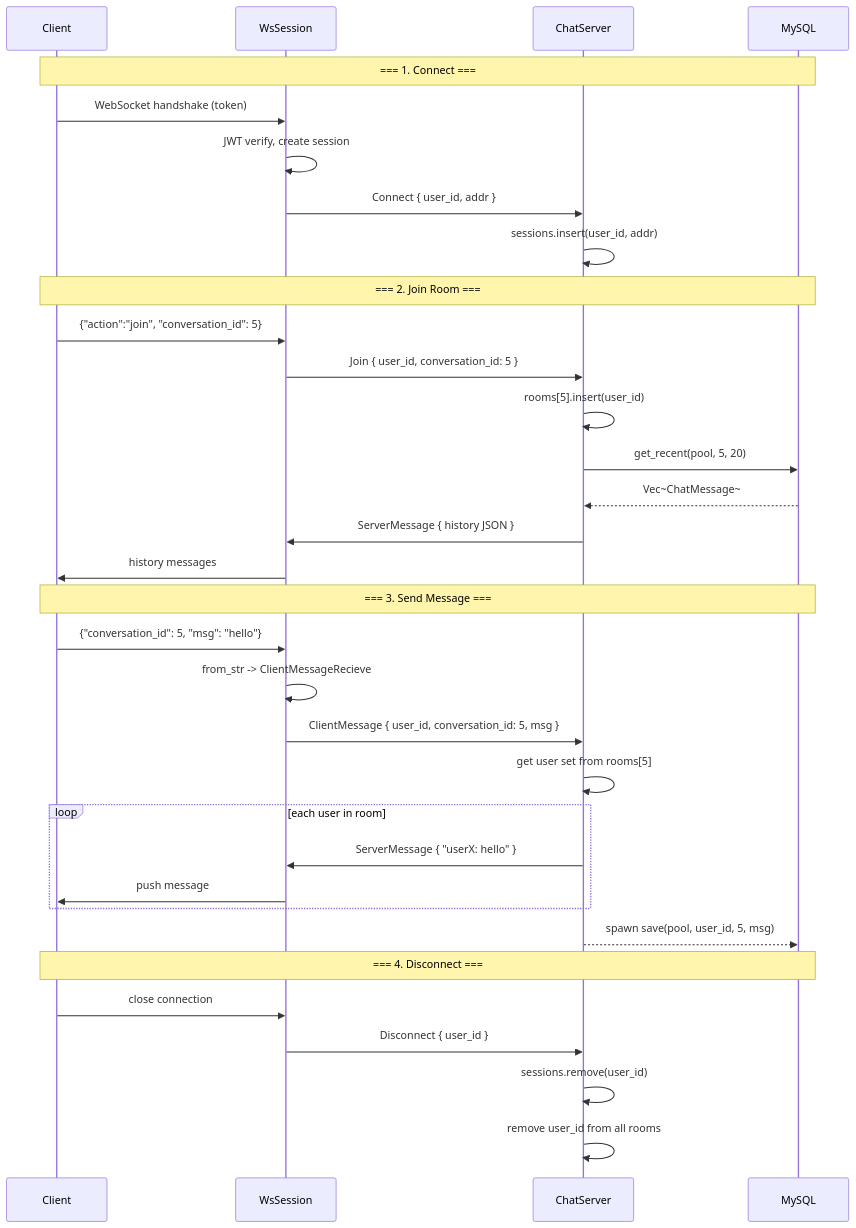
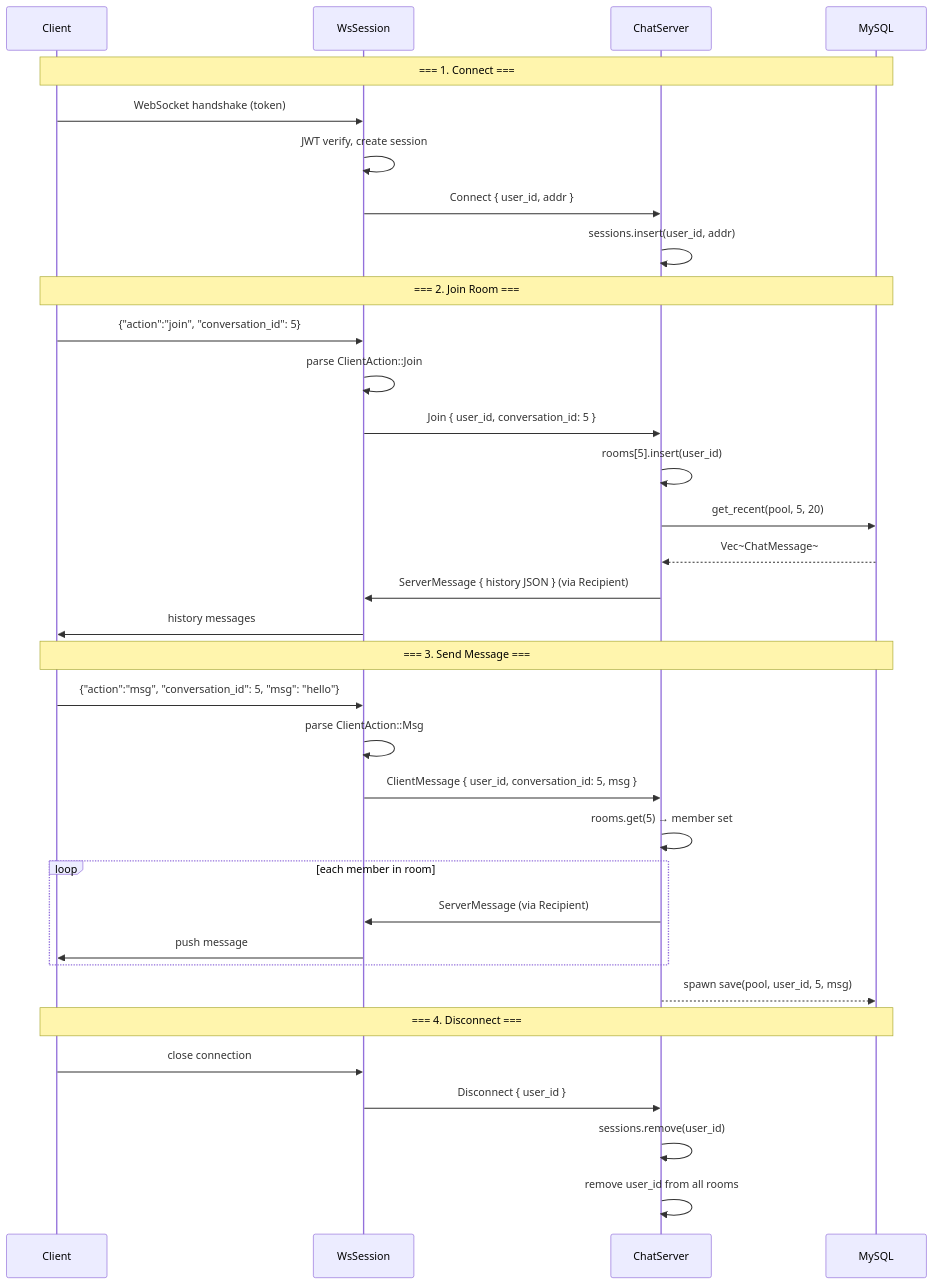
Before and after one commit to Dchih/note: the fourth of 4 diagrams in doc/chat-architecture.md, drawn with Mermaid. The commit also changed other lines of this file and 2 other files, not shown here.

Commit message:
Refactor chat architecture documentation and update WebSocket handling logic

````diff
--- a/doc/chat-architecture.md
+++ b/doc/chat-architecture.md
@@ -76,39 +261,40 @@
 ```mermaid
 sequenceDiagram
     participant C as Client
     participant WS as WsSession
     participant CS as ChatServer
     participant DB as MySQL
 
     Note over C,DB: === 1. Connect ===
     C->>WS: WebSocket handshake (token)
     WS->>WS: JWT verify, create session
     WS->>CS: Connect { user_id, addr }
     CS->>CS: sessions.insert(user_id, addr)
 
     Note over C,DB: === 2. Join Room ===
     C->>WS: {"action":"join", "conversation_id": 5}
+    WS->>WS: parse ClientAction::Join
     WS->>CS: Join { user_id, conversation_id: 5 }
     CS->>CS: rooms[5].insert(user_id)
     CS->>DB: get_recent(pool, 5, 20)
     DB-->>CS: Vec~ChatMessage~
-    CS->>WS: ServerMessage { history JSON }
+    CS->>WS: ServerMessage { history JSON } (via Recipient)
     WS->>C: history messages
 
     Note over C,DB: === 3. Send Message ===
-    C->>WS: {"conversation_id": 5, "msg": "hello"}
-    WS->>WS: from_str -> ClientMessageRecieve
+    C->>WS: {"action":"msg", "conversation_id": 5, "msg": "hello"}
+    WS->>WS: parse ClientAction::Msg
     WS->>CS: ClientMessage { user_id, conversation_id: 5, msg }
-    CS->>CS: get user set from rooms[5]
-    loop each user in room
-        CS->>WS: ServerMessage { "userX: hello" }
+    CS->>CS: rooms.get(5) → member set
+    loop each member in room
+        CS->>WS: ServerMessage (via Recipient)
         WS->>C: push message
     end
     CS-->>DB: spawn save(pool, user_id, 5, msg)
 
     Note over C,DB: === 4. Disconnect ===
     C->>WS: close connection
     WS->>CS: Disconnect { user_id }
     CS->>CS: sessions.remove(user_id)
     CS->>CS: remove user_id from all rooms
 ```
````
